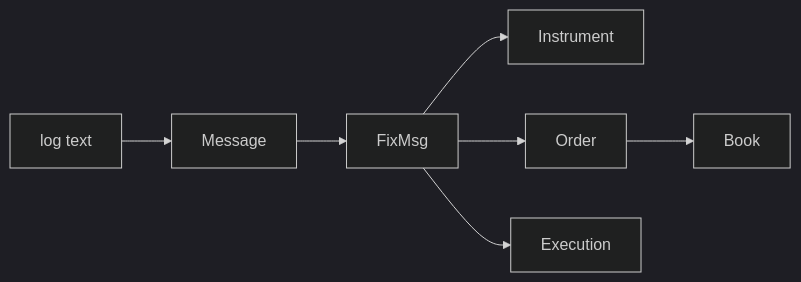
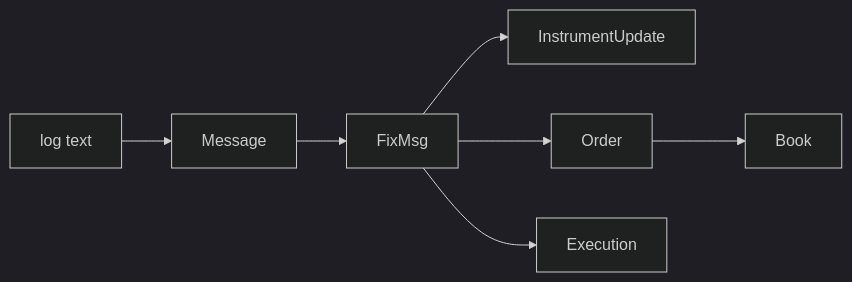
One commit to Platob/yggfin changed the diagram in docs/products/index.md. Above: the diagram before and after it, drawn with Mermaid (dark theme). The commit also changed other lines of this file and 77 other files, not shown here.

````diff
--- a/docs/products/index.md
+++ b/docs/products/index.md
@@ -6,8 +6,8 @@
 ```mermaid
 flowchart LR
   T[log text] --> M[Message] --> F[FixMsg]
-  F --> I[Instrument]
+  F --> I[InstrumentUpdate]
   F --> O[Order]
   F --> E[Execution]
   O --> B[Book]
 ```
````
